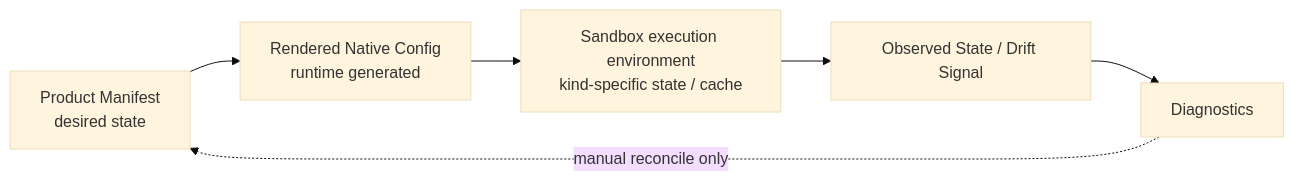
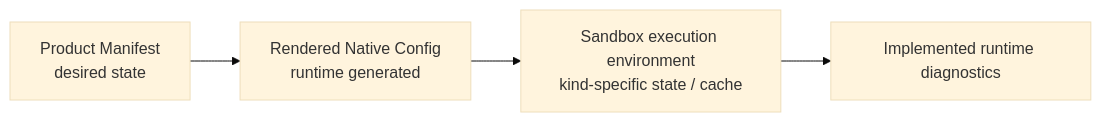
Before and after one commit to langgenius/mosoo: the third of 5 diagrams in docs/prd/runtime-session-kernel.md, drawn with Mermaid (base theme). The commit also changed other lines of this file and 66 other files, not shown here.

````diff
--- a/docs/prd/runtime-session-kernel.md
+++ b/docs/prd/runtime-session-kernel.md
@@ -125,8 +138,6 @@
 ```mermaid
 flowchart LR
   Manifest["Product Manifest<br/>desired state"] --> Render["Rendered Native Config<br/>runtime generated"]
   Render --> Sandbox["Sandbox execution environment<br/>kind-specific state / cache"]
-  Sandbox --> Observed["Observed State / Drift Signal"]
-  Observed --> Diagnostics["Diagnostics"]
-  Diagnostics -.manual reconcile only.-> Manifest
+  Sandbox --> Diagnostics["Implemented runtime diagnostics"]
 ```
````
